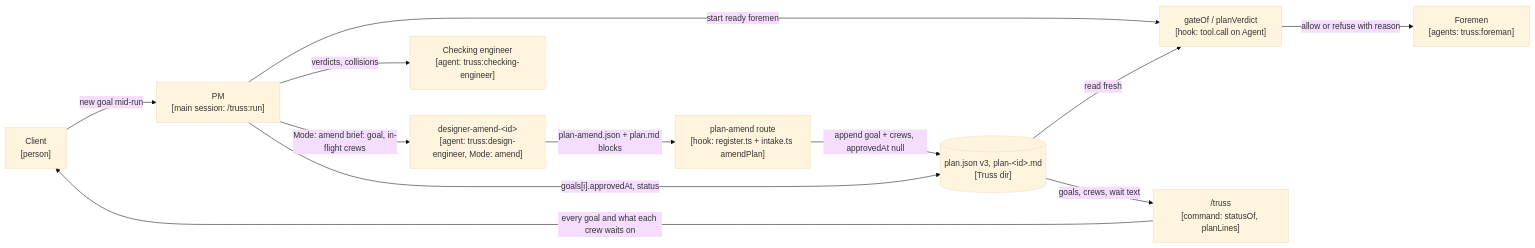
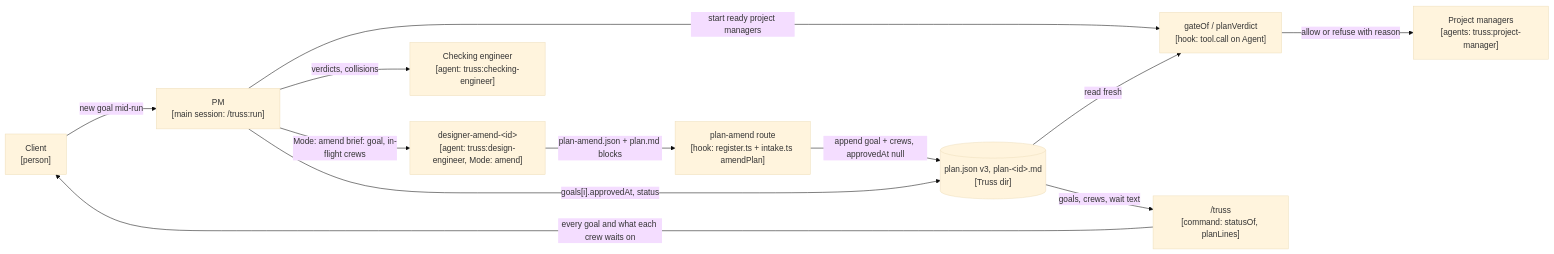
The first of 2 diagrams in plugins/truss/docs/adr/0010-mid-run-intake.md (AbhiramDwivedi/truss), drawn with Mermaid (base theme) before and after one commit. The commit also changed other lines of this file and 48 other files, not shown here.

First line of the commit message:
docs(rename-docs): rename the crew lead to project manager in docs, ADRs and CHANGELOG; 0.27.0

````diff
--- a/plugins/truss/docs/adr/0010-mid-run-intake.md
+++ b/plugins/truss/docs/adr/0010-mid-run-intake.md
@@ -145,23 +145,23 @@
 ```mermaid
 flowchart LR
   client["Client<br/>[person]"]
   PM["PM<br/>[main session: /truss:run]"]
   arch["designer-amend-&lt;id&gt;<br/>[agent: truss:design-engineer, Mode: amend]"]
   checker["Checking engineer<br/>[agent: truss:checking-engineer]"]
   route["plan-amend route<br/>[hook: register.ts + intake.ts amendPlan]"]
   plan[("plan.json v3, plan-&lt;id&gt;.md<br/>[Truss dir]")]
   gate["gateOf / planVerdict<br/>[hook: tool.call on Agent]"]
   status["/truss<br/>[command: statusOf, planLines]"]
-  foreman["Foremen<br/>[agents: truss:foreman]"]
+  projmgr["Project managers<br/>[agents: truss:project-manager]"]
   client -->|"new goal mid-run"| PM
   PM -->|"Mode: amend brief: goal, in-flight crews"| arch
   arch -->|"plan-amend.json + plan.md blocks"| route
   route -->|"append goal + crews, approvedAt null"| plan
   PM -->|"verdicts, collisions"| checker
   PM -->|"goals[i].approvedAt, status"| plan
-  PM -->|"start ready foremen"| gate
+  PM -->|"start ready project managers"| gate
   plan -->|"read fresh"| gate
-  gate -->|"allow or refuse with reason"| foreman
+  gate -->|"allow or refuse with reason"| projmgr
   plan -->|"goals, crews, wait text"| status
   status -->|"every goal and what each crew waits on"| client
 ```
````
